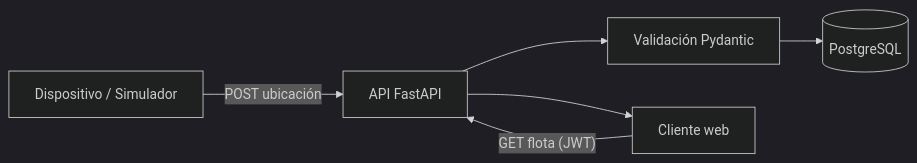
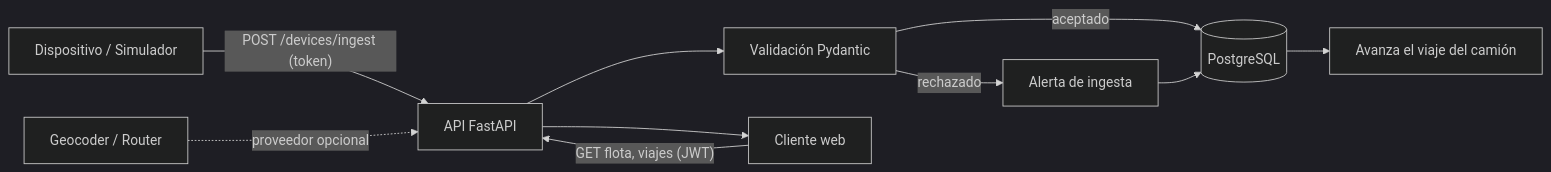
One commit to octa-afk/IterTrack changed the first of 4 diagrams in docs/ARCHITECTURE.md. Above: the diagram before and after it, drawn with Mermaid (dark theme). The commit also changed other lines of this file and 4 other files, not shown here.

````diff
--- a/docs/ARCHITECTURE.md
+++ b/docs/ARCHITECTURE.md
@@ -16,8 +17,12 @@
 ```mermaid
 flowchart LR
-    D["Dispositivo / Simulador"] -->|"POST ubicación"| A["API FastAPI"]
+    D["Dispositivo / Simulador"] -->|"POST /devices/ingest (token)"| A["API FastAPI"]
     A --> V["Validación Pydantic"]
-    V --> P[("PostgreSQL")]
-    U["Cliente web"] -->|"GET flota (JWT)"| A
+    V -->|"aceptado"| P[("PostgreSQL")]
+    V -->|"rechazado"| R["Alerta de ingesta"]
+    R --> P
+    P --> G["Avanza el viaje del camión"]
+    U["Cliente web"] -->|"GET flota, viajes (JWT)"| A
     A --> U
+    S["Geocoder / Router"] -.->|"proveedor opcional"| A
 ```
````
